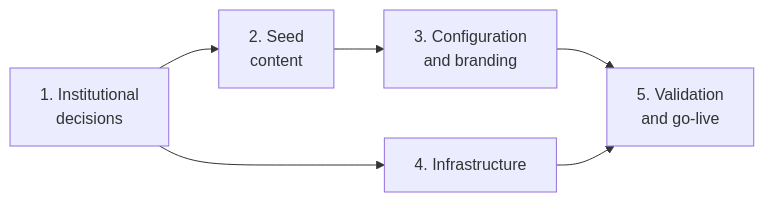
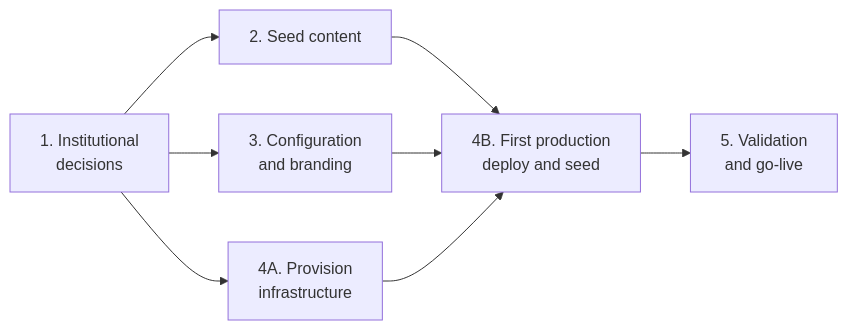
One commit to undp/carbon-footprint-program changed the diagram in docs/country-implementation-guide/README.md. Above: the diagram before and after it, drawn with Mermaid. The commit also changed other lines of this file and 7 other files, not shown here.

````diff
--- a/docs/country-implementation-guide/README.md
+++ b/docs/country-implementation-guide/README.md
@@ -26,8 +31,10 @@
 ```mermaid
 flowchart LR
-  F1["1. Institutional<br/>decisions"] --> F2["2. Seed<br/>content"]
-  F1 --> F4["4. Infrastructure"]
-  F2 --> F3["3. Configuration<br/>and branding"]
-  F3 --> F5["5. Validation<br/>and go-live"]
-  F4 --> F5
+  F1["1. Institutional<br/>decisions"] --> F2["2. Seed content"]
+  F1 --> F3["3. Configuration<br/>and branding"]
+  F1 --> F4A["4A. Provision<br/>infrastructure"]
+  F2 --> F4B["4B. First production<br/>deploy and seed"]
+  F3 --> F4B
+  F4A --> F4B
+  F4B --> F5["5. Validation<br/>and go-live"]
 ```
````
